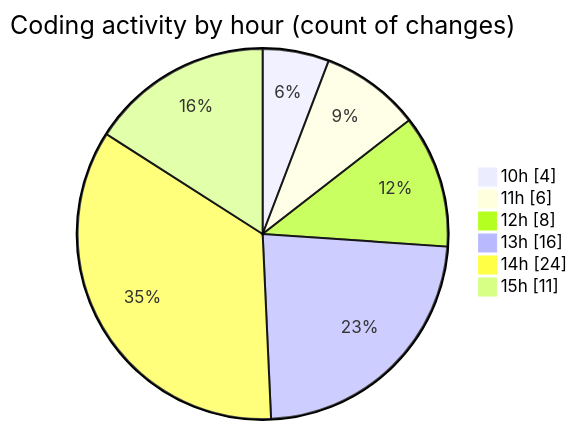
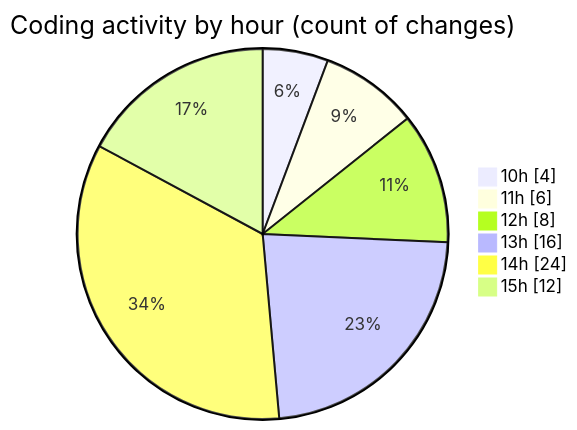
One commit to LanceThiago/code-tracking changed the second of 2 diagrams in 2025-10-03/totem2/README.md. Above: the diagram before and after it, drawn with Mermaid. The commit also changed other lines of this file and 1 other file, not shown here.

````diff
--- a/2025-10-03/totem2/README.md
+++ b/2025-10-03/totem2/README.md
@@ -31,10 +31,10 @@
 ```mermaid
 pie showData
 title Coding activity by hour (count of changes)
 "10h" : 4
 "11h" : 6
 "12h" : 8
 "13h" : 16
 "14h" : 24
-"15h" : 11
+"15h" : 12
 ```
````
